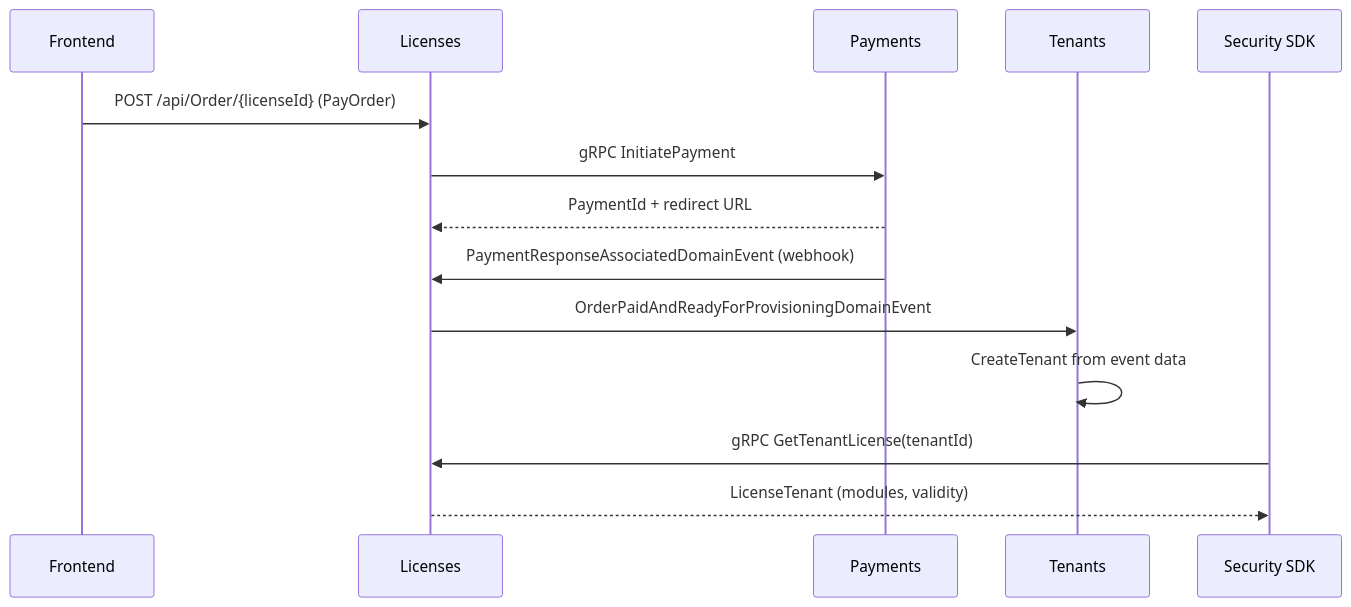
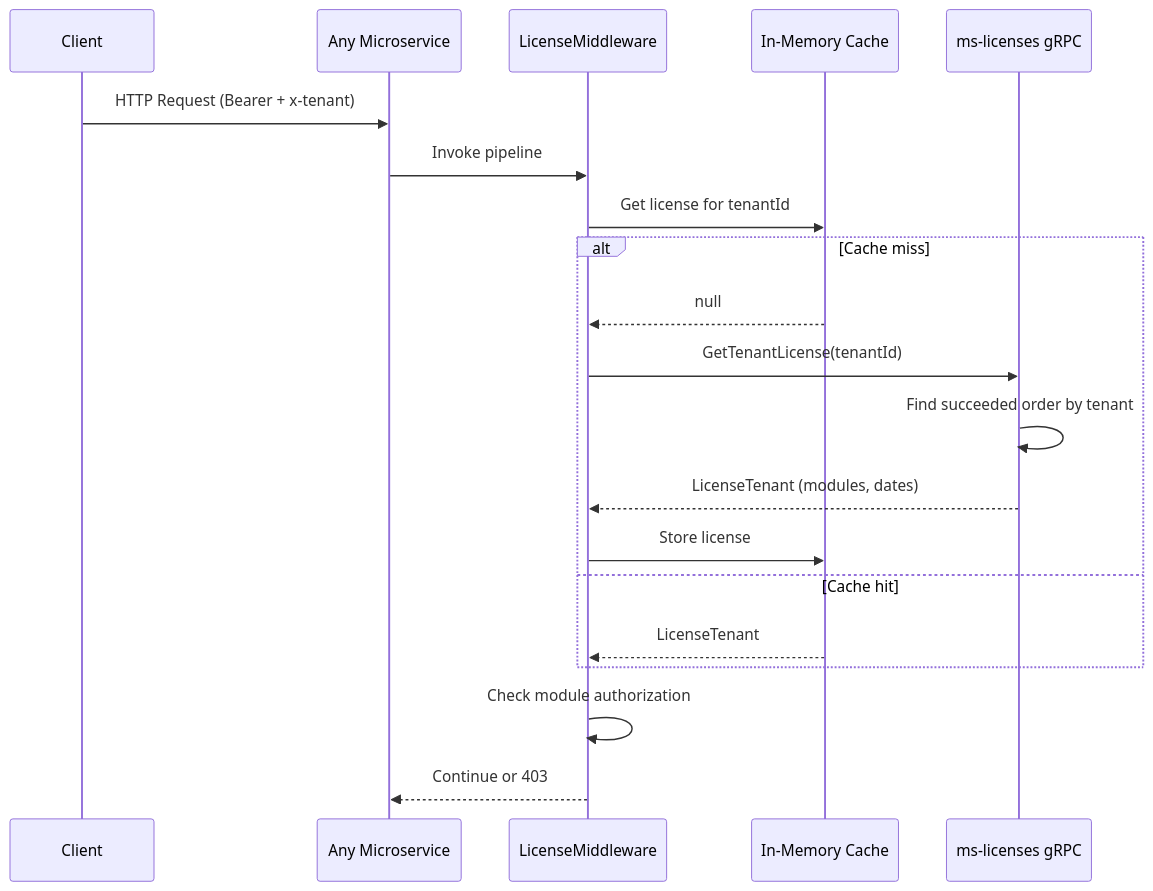
One commit to codedesignplus/CodeDesignPlus.Net.Microservice.Licenses changed the third of 3 diagrams in README.md. Above: the diagram before and after it, drawn with Mermaid. The commit also changed other lines of this file, not shown here.

Commit message:
docs: rewrite README from verified source code — accurate events, flows, and gaps

````diff
--- a/README.md
+++ b/README.md
@@ -165,18 +305,23 @@
 ```mermaid
 sequenceDiagram
-    participant UI as Frontend
-    participant Lic as Licenses
-    participant Pay as Payments
-    participant Ten as Tenants
-    participant Sec as Security SDK
+    participant Client
+    participant Micro as Any Microservice
+    participant Middleware as LicenseMiddleware
+    participant Cache as In-Memory Cache
+    participant LicGrpc as ms-licenses gRPC
 
-    UI->>Lic: POST /api/Order/{licenseId} (PayOrder)
-    Lic->>Pay: gRPC InitiatePayment
-    Pay-->>Lic: PaymentId + redirect URL
-    Pay->>Lic: PaymentResponseAssociatedDomainEvent (webhook)
-    Lic->>Ten: OrderPaidAndReadyForProvisioningDomainEvent
-    Ten->>Ten: CreateTenant from event data
-
-    Sec->>Lic: gRPC GetTenantLicense(tenantId)
-    Lic-->>Sec: LicenseTenant (modules, validity)
+    Client->>Micro: HTTP Request (Bearer + x-tenant)
+    Micro->>Middleware: Invoke pipeline
+    Middleware->>Cache: Get license for tenantId
+    alt Cache miss
+        Cache-->>Middleware: null
+        Middleware->>LicGrpc: GetTenantLicense(tenantId)
+        LicGrpc->>LicGrpc: Find succeeded order by tenant
+        LicGrpc-->>Middleware: LicenseTenant (modules, dates)
+        Middleware->>Cache: Store license
+    else Cache hit
+        Cache-->>Middleware: LicenseTenant
+    end
+    Middleware->>Middleware: Check module authorization
+    Middleware-->>Micro: Continue or 403
 ```
````
